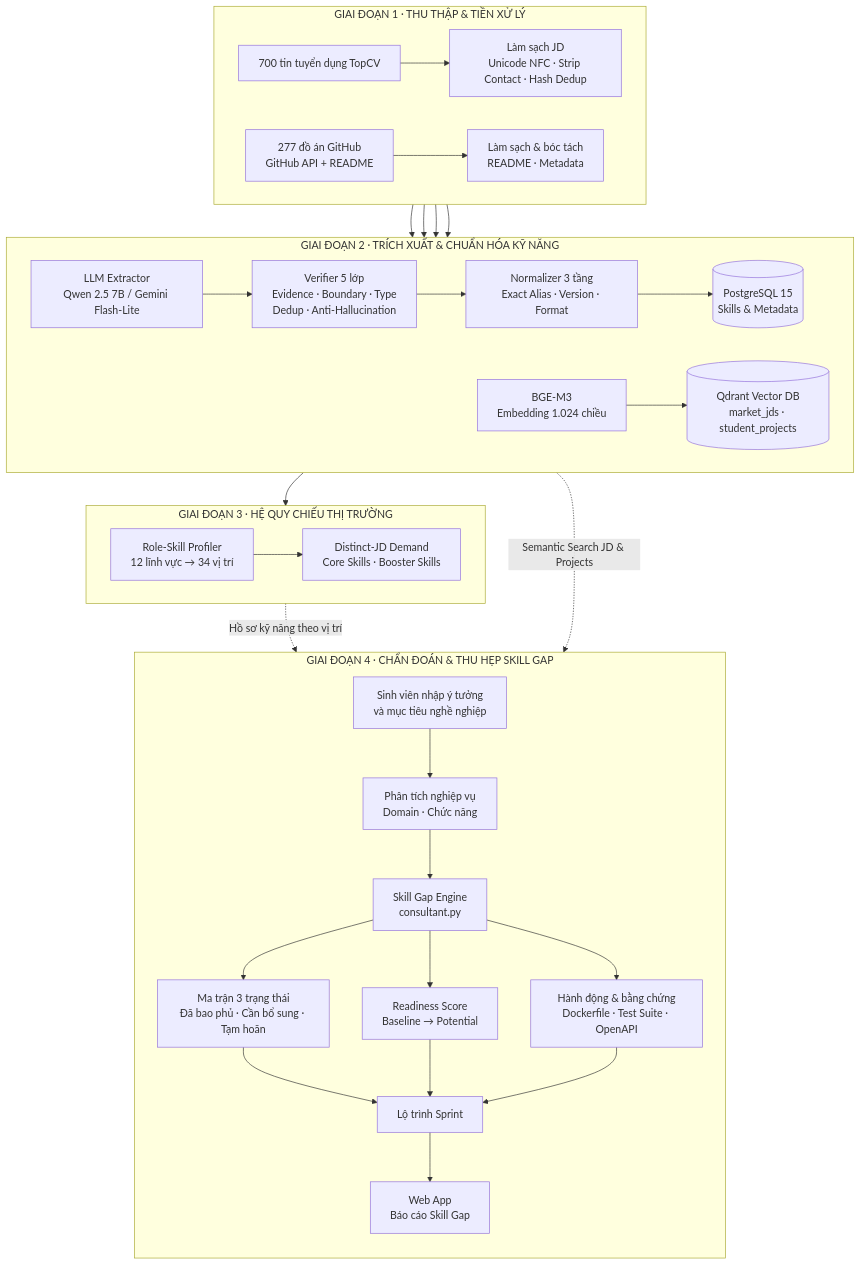
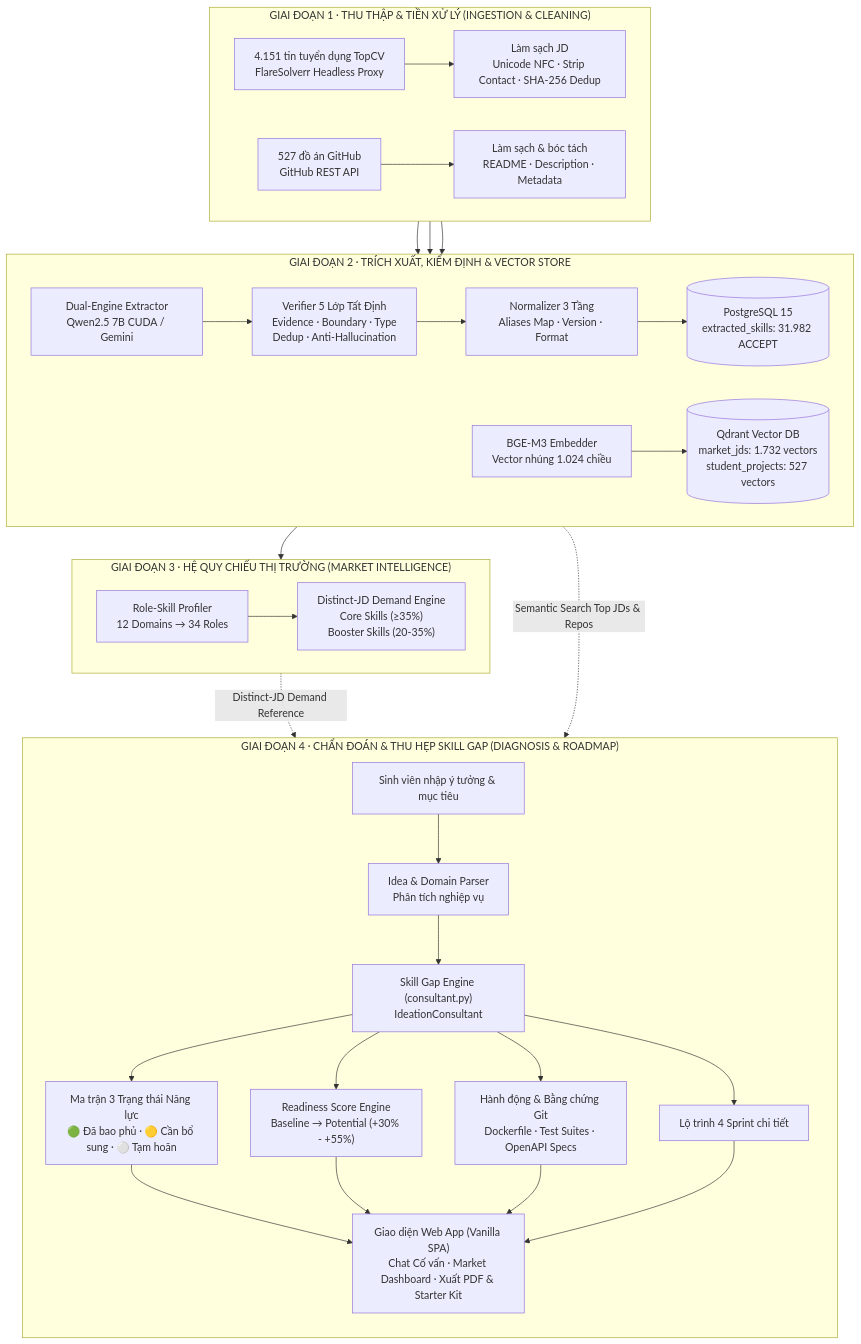
The third of 3 diagrams in README.md (PoemN-1212/AISC26_LUSTRA_GEM), drawn with Mermaid before and after one commit. The commit also changed other lines of this file, not shown here.

````diff
--- a/README.md
+++ b/README.md
@@ -160,39 +363,44 @@
 ```mermaid
 flowchart TB
-    subgraph S1["GIAI ĐOẠN 1 · THU THẬP & TIỀN XỬ LÝ"]
+    subgraph S1["GIAI ĐOẠN 1 · THU THẬP & TIỀN XỬ LÝ (INGESTION & CLEANING)"]
         direction LR
-        RAW_TOPCV["700 tin tuyển dụng TopCV"] --> CLEAN_JD["Làm sạch JD<br/>Unicode NFC · Strip Contact · Hash Dedup"]
-        RAW_GH["277 đồ án GitHub<br/>GitHub API + README"] --> CLEAN_GH["Làm sạch & bóc tách<br/>README · Metadata"]
+        RAW_TOPCV["4.151 tin tuyển dụng TopCV<br/>FlareSolverr Headless Proxy"] --> CLEAN_JD["Làm sạch JD<br/>Unicode NFC · Strip Contact · SHA-256 Dedup"]
+        RAW_GH["527 đồ án GitHub<br/>GitHub REST API"] --> CLEAN_GH["Làm sạch & bóc tách<br/>README · Description · Metadata"]
     end
 
-    subgraph S2["GIAI ĐOẠN 2 · TRÍCH XUẤT & CHUẨN HÓA KỸ NĂNG"]
+    subgraph S2["GIAI ĐOẠN 2 · TRÍCH XUẤT, KIỂM ĐỊNH & VECTOR STORE"]
         direction LR
-        EXTRACTOR["LLM Extractor<br/>Qwen 2.5 7B / Gemini Flash-Lite"] --> VERIFIER["Verifier 5 lớp<br/>Evidence · Boundary · Type<br/>Dedup · Anti-Hallucination"] --> NORMALIZER["Normalizer 3 tầng<br/>Exact Alias · Version · Format"] --> PG_DB[("PostgreSQL 15<br/>Skills & Metadata")]
-        BGE_M3["BGE-M3<br/>Embedding 1.024 chiều"] --> QDRANT_DB[("Qdrant Vector DB<br/>market_jds · student_projects")]
+        CLEAN_JD --> EXTRACTOR["Dual-Engine Extractor<br/>Qwen2.5 7B CUDA / Gemini"]
+        EXTRACTOR --> VERIFIER["Verifier 5 Lớp Tất Định<br/>Evidence · Boundary · Type<br/>Dedup · Anti-Hallucination"]
+        VERIFIER --> NORMALIZER["Normalizer 3 Tầng<br/>Aliases Map · Version · Format"]
+        NORMALIZER --> PG_DB[("PostgreSQL 15<br/>extracted_skills: 31.982 ACCEPT")]
+        
+        CLEAN_JD --> BGE_M3["BGE-M3 Embedder<br/>Vector nhúng 1.024 chiều"]
+        CLEAN_GH --> BGE_M3
+        BGE_M3 --> QDRANT_DB[("Qdrant Vector DB<br/>market_jds: 1.732 vectors<br/>student_projects: 527 vectors")]
     end
 
-    subgraph S3["GIAI ĐOẠN 3 · HỆ QUY CHIẾU THỊ TRƯỜNG"]
+    subgraph S3["GIAI ĐOẠN 3 · HỆ QUY CHIẾU THỊ TRƯỜNG (MARKET INTELLIGENCE)"]
         direction LR
-        PROFILER["Role-Skill Profiler<br/>12 lĩnh vực → 34 vị trí"] --> DEMAND["Distinct-JD Demand<br/>Core Skills · Booster Skills"]
+        PG_DB --> PROFILER["Role-Skill Profiler<br/>12 Domains → 34 Roles"]
+        PROFILER --> DEMAND["Distinct-JD Demand Engine<br/>Core Skills (≥35%)<br/>Booster Skills (20-35%)"]
     end
 
-    subgraph S4["GIAI ĐOẠN 4 · CHẨN ĐOÁN & THU HẸP SKILL GAP"]
+    subgraph S4["GIAI ĐOẠN 4 · CHẨN ĐOÁN & THU HẸP SKILL GAP (DIAGNOSIS & ROADMAP)"]
         direction TB
-        STUDENT["Sinh viên nhập ý tưởng<br/>và mục tiêu nghề nghiệp"] --> IDEA_PARSER["Phân tích nghiệp vụ<br/>Domain · Chức năng"] --> GAP_DIAGNOSIS["Skill Gap Engine<br/>consultant.py"]
-        GAP_DIAGNOSIS --> MATRIX["Ma trận 3 trạng thái<br/>Đã bao phủ · Cần bổ sung · Tạm hoãn"]
-        GAP_DIAGNOSIS --> SCORE["Readiness Score<br/>Baseline → Potential"]
-        GAP_DIAGNOSIS --> ACTIONS["Hành động & bằng chứng<br/>Dockerfile · Test Suite · OpenAPI"]
-        MATRIX --> ROADMAP["Lộ trình Sprint"]
-        SCORE --> ROADMAP
-        ACTIONS --> ROADMAP
-        ROADMAP --> UI["Web App<br/>Báo cáo Skill Gap"]
+        STUDENT["Sinh viên nhập ý tưởng & mục tiêu"] --> PARSER["Idea & Domain Parser<br/>Phân tích nghiệp vụ"]
+        PARSER --> CONSULTANT["Skill Gap Engine (consultant.py)<br/>IdeationConsultant"]
+        QDRANT_DB -. "Semantic Search Top JDs & Repos" .-> CONSULTANT
+        DEMAND -. "Distinct-JD Demand Reference" .-> CONSULTANT
+        
+        CONSULTANT --> MATRIX["Ma trận 3 Trạng thái Năng lực<br/>🟢 Đã bao phủ · 🟡 Cần bổ sung · ⚪ Tạm hoãn"]
+        CONSULTANT --> SCORE["Readiness Score Engine<br/>Baseline → Potential (+30% - +55%)"]
+        CONSULTANT --> ACTIONS["Hành động & Bằng chứng Git<br/>Dockerfile · Test Suites · OpenAPI Specs"]
+        CONSULTANT --> SPRINT["Lộ trình 4 Sprint chi tiết"]
+        
+        MATRIX --> UI["Giao diện Web App (Vanilla SPA)<br/>Chat Cố vấn · Market Dashboard · Xuất PDF & Starter Kit"]
+        SCORE --> UI
+        ACTIONS --> UI
+        SPRINT --> UI
     end
-
-    CLEAN_JD --> EXTRACTOR
-    CLEAN_GH --> EXTRACTOR
-    CLEAN_JD --> BGE_M3
-    CLEAN_GH --> BGE_M3
-    PG_DB --> PROFILER
-    DEMAND -. "Hồ sơ kỹ năng theo vị trí" .-> GAP_DIAGNOSIS
-    QDRANT_DB -. "Semantic Search JD & Projects" .-> GAP_DIAGNOSIS
 ```
````
